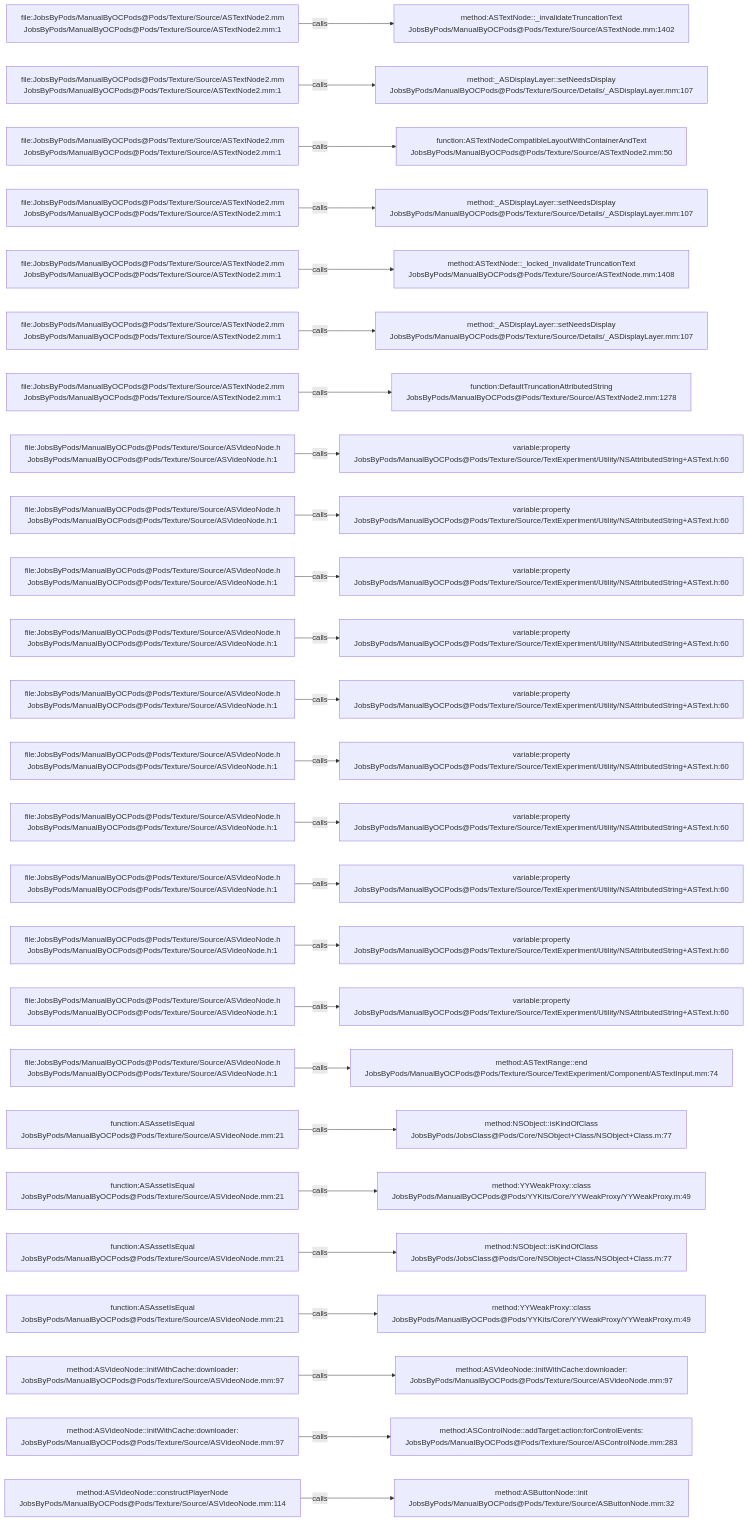
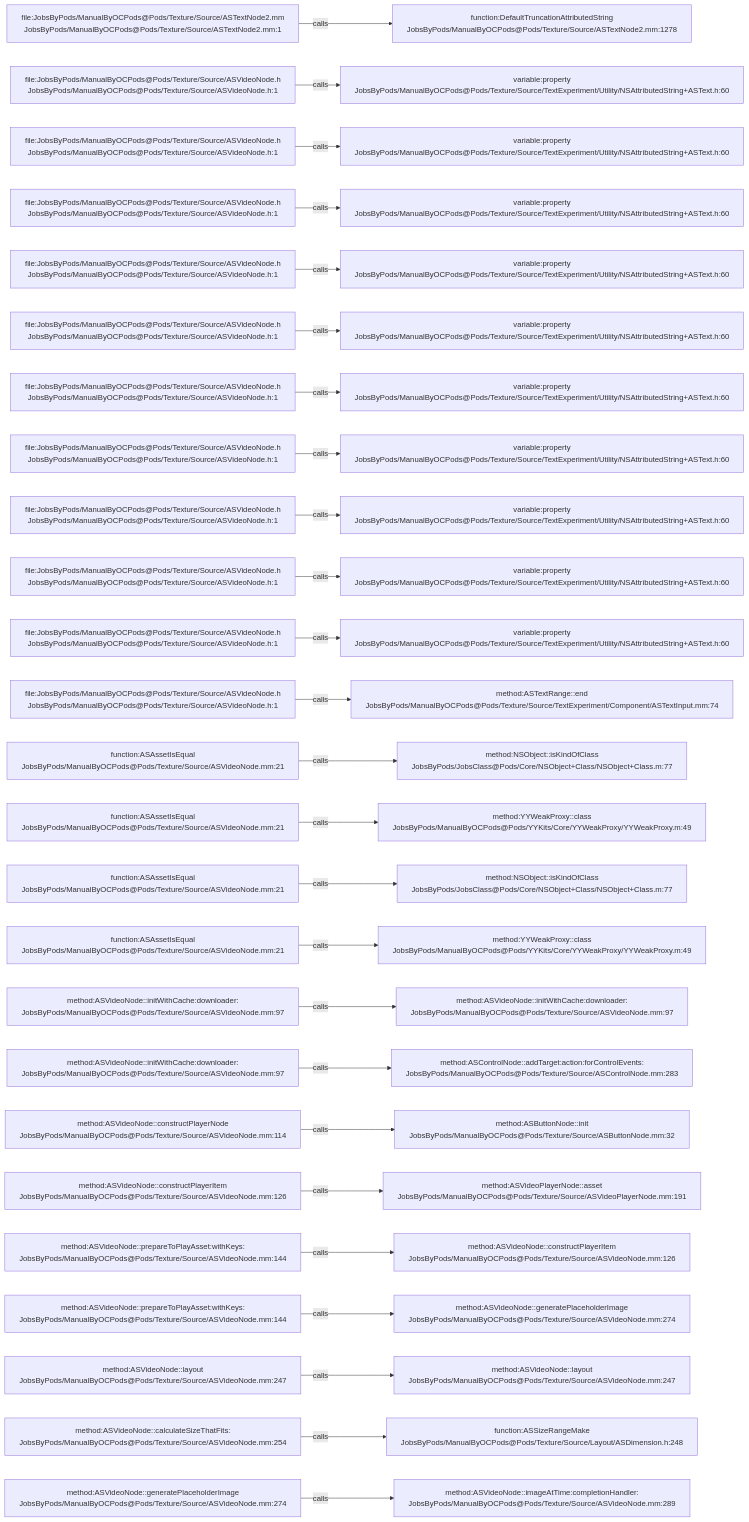
Before and after one commit to JobsKits/JobsOCBaseConfigDemo: the diagram in .codegraph/codegraph.md/graphs/calls-134.md, drawn with Mermaid. The commit also changed 666 other files, not shown here.

````diff
--- a/.codegraph/codegraph.md/graphs/calls-134.md
+++ b/.codegraph/codegraph.md/graphs/calls-134.md
@@ -13,78 +13,78 @@
 ```mermaid
 flowchart LR
   S1["file:JobsByPods/ManualByOCPods@Pods/Texture/Source/ASTextNode2.mm<br/>JobsByPods/ManualByOCPods@Pods/Texture/Source/ASTextNode2.mm:1"]
-  T1["method:ASTextNode::_invalidateTruncationText<br/>JobsByPods/ManualByOCPods@Pods/Texture/Source/ASTextNode.mm:1402"]
+  T1["function:DefaultTruncationAttributedString<br/>JobsByPods/ManualByOCPods@Pods/Texture/Source/ASTextNode2.mm:1278"]
   S1 -->|calls| T1
-  S2["file:JobsByPods/ManualByOCPods@Pods/Texture/Source/ASTextNode2.mm<br/>JobsByPods/ManualByOCPods@Pods/Texture/Source/ASTextNode2.mm:1"]
-  T2["method:_ASDisplayLayer::setNeedsDisplay<br/>JobsByPods/ManualByOCPods@Pods/Texture/Source/Details/_ASDisplayLayer.mm:107"]
+  S2["file:JobsByPods/ManualByOCPods@Pods/Texture/Source/ASVideoNode.h<br/>JobsByPods/ManualByOCPods@Pods/Texture/Source/ASVideoNode.h:1"]
+  T2["variable:property<br/>JobsByPods/ManualByOCPods@Pods/Texture/Source/TextExperiment/Utility/NSAttributedString+ASText.h:60"]
   S2 -->|calls| T2
-  S3["file:JobsByPods/ManualByOCPods@Pods/Texture/Source/ASTextNode2.mm<br/>JobsByPods/ManualByOCPods@Pods/Texture/Source/ASTextNode2.mm:1"]
-  T3["function:ASTextNodeCompatibleLayoutWithContainerAndText<br/>JobsByPods/ManualByOCPods@Pods/Texture/Source/ASTextNode2.mm:50"]
+  S3["file:JobsByPods/ManualByOCPods@Pods/Texture/Source/ASVideoNode.h<br/>JobsByPods/ManualByOCPods@Pods/Texture/Source/ASVideoNode.h:1"]
+  T3["variable:property<br/>JobsByPods/ManualByOCPods@Pods/Texture/Source/TextExperiment/Utility/NSAttributedString+ASText.h:60"]
   S3 -->|calls| T3
-  S4["file:JobsByPods/ManualByOCPods@Pods/Texture/Source/ASTextNode2.mm<br/>JobsByPods/ManualByOCPods@Pods/Texture/Source/ASTextNode2.mm:1"]
-  T4["method:_ASDisplayLayer::setNeedsDisplay<br/>JobsByPods/ManualByOCPods@Pods/Texture/Source/Details/_ASDisplayLayer.mm:107"]
+  S4["file:JobsByPods/ManualByOCPods@Pods/Texture/Source/ASVideoNode.h<br/>JobsByPods/ManualByOCPods@Pods/Texture/Source/ASVideoNode.h:1"]
+  T4["variable:property<br/>JobsByPods/ManualByOCPods@Pods/Texture/Source/TextExperiment/Utility/NSAttributedString+ASText.h:60"]
   S4 -->|calls| T4
-  S5["file:JobsByPods/ManualByOCPods@Pods/Texture/Source/ASTextNode2.mm<br/>JobsByPods/ManualByOCPods@Pods/Texture/Source/ASTextNode2.mm:1"]
-  T5["method:ASTextNode::_locked_invalidateTruncationText<br/>JobsByPods/ManualByOCPods@Pods/Texture/Source/ASTextNode.mm:1408"]
+  S5["file:JobsByPods/ManualByOCPods@Pods/Texture/Source/ASVideoNode.h<br/>JobsByPods/ManualByOCPods@Pods/Texture/Source/ASVideoNode.h:1"]
+  T5["variable:property<br/>JobsByPods/ManualByOCPods@Pods/Texture/Source/TextExperiment/Utility/NSAttributedString+ASText.h:60"]
   S5 -->|calls| T5
-  S6["file:JobsByPods/ManualByOCPods@Pods/Texture/Source/ASTextNode2.mm<br/>JobsByPods/ManualByOCPods@Pods/Texture/Source/ASTextNode2.mm:1"]
-  T6["method:_ASDisplayLayer::setNeedsDisplay<br/>JobsByPods/ManualByOCPods@Pods/Texture/Source/Details/_ASDisplayLayer.mm:107"]
+  S6["file:JobsByPods/ManualByOCPods@Pods/Texture/Source/ASVideoNode.h<br/>JobsByPods/ManualByOCPods@Pods/Texture/Source/ASVideoNode.h:1"]
+  T6["variable:property<br/>JobsByPods/ManualByOCPods@Pods/Texture/Source/TextExperiment/Utility/NSAttributedString+ASText.h:60"]
   S6 -->|calls| T6
-  S7["file:JobsByPods/ManualByOCPods@Pods/Texture/Source/ASTextNode2.mm<br/>JobsByPods/ManualByOCPods@Pods/Texture/Source/ASTextNode2.mm:1"]
-  T7["function:DefaultTruncationAttributedString<br/>JobsByPods/ManualByOCPods@Pods/Texture/Source/ASTextNode2.mm:1278"]
+  S7["file:JobsByPods/ManualByOCPods@Pods/Texture/Source/ASVideoNode.h<br/>JobsByPods/ManualByOCPods@Pods/Texture/Source/ASVideoNode.h:1"]
+  T7["variable:property<br/>JobsByPods/ManualByOCPods@Pods/Texture/Source/TextExperiment/Utility/NSAttributedString+ASText.h:60"]
   S7 -->|calls| T7
   S8["file:JobsByPods/ManualByOCPods@Pods/Texture/Source/ASVideoNode.h<br/>JobsByPods/ManualByOCPods@Pods/Texture/Source/ASVideoNode.h:1"]
   T8["variable:property<br/>JobsByPods/ManualByOCPods@Pods/Texture/Source/TextExperiment/Utility/NSAttributedString+ASText.h:60"]
   S8 -->|calls| T8
   S9["file:JobsByPods/ManualByOCPods@Pods/Texture/Source/ASVideoNode.h<br/>JobsByPods/ManualByOCPods@Pods/Texture/Source/ASVideoNode.h:1"]
   T9["variable:property<br/>JobsByPods/ManualByOCPods@Pods/Texture/Source/TextExperiment/Utility/NSAttributedString+ASText.h:60"]
   S9 -->|calls| T9
   S10["file:JobsByPods/ManualByOCPods@Pods/Texture/Source/ASVideoNode.h<br/>JobsByPods/ManualByOCPods@Pods/Texture/Source/ASVideoNode.h:1"]
   T10["variable:property<br/>JobsByPods/ManualByOCPods@Pods/Texture/Source/TextExperiment/Utility/NSAttributedString+ASText.h:60"]
   S10 -->|calls| T10
   S11["file:JobsByPods/ManualByOCPods@Pods/Texture/Source/ASVideoNode.h<br/>JobsByPods/ManualByOCPods@Pods/Texture/Source/ASVideoNode.h:1"]
   T11["variable:property<br/>JobsByPods/ManualByOCPods@Pods/Texture/Source/TextExperiment/Utility/NSAttributedString+ASText.h:60"]
   S11 -->|calls| T11
   S12["file:JobsByPods/ManualByOCPods@Pods/Texture/Source/ASVideoNode.h<br/>JobsByPods/ManualByOCPods@Pods/Texture/Source/ASVideoNode.h:1"]
-  T12["variable:property<br/>JobsByPods/ManualByOCPods@Pods/Texture/Source/TextExperiment/Utility/NSAttributedString+ASText.h:60"]
+  T12["method:ASTextRange::end<br/>JobsByPods/ManualByOCPods@Pods/Texture/Source/TextExperiment/Component/ASTextInput.mm:74"]
   S12 -->|calls| T12
-  S13["file:JobsByPods/ManualByOCPods@Pods/Texture/Source/ASVideoNode.h<br/>JobsByPods/ManualByOCPods@Pods/Texture/Source/ASVideoNode.h:1"]
-  T13["variable:property<br/>JobsByPods/ManualByOCPods@Pods/Texture/Source/TextExperiment/Utility/NSAttributedString+ASText.h:60"]
+  S13["function:ASAssetIsEqual<br/>JobsByPods/ManualByOCPods@Pods/Texture/Source/ASVideoNode.mm:21"]
+  T13["method:NSObject::isKindOfClass<br/>JobsByPods/JobsClass@Pods/Core/NSObject+Class/NSObject+Class.m:77"]
   S13 -->|calls| T13
-  S14["file:JobsByPods/ManualByOCPods@Pods/Texture/Source/ASVideoNode.h<br/>JobsByPods/ManualByOCPods@Pods/Texture/Source/ASVideoNode.h:1"]
-  T14["variable:property<br/>JobsByPods/ManualByOCPods@Pods/Texture/Source/TextExperiment/Utility/NSAttributedString+ASText.h:60"]
+  S14["function:ASAssetIsEqual<br/>JobsByPods/ManualByOCPods@Pods/Texture/Source/ASVideoNode.mm:21"]
+  T14["method:YYWeakProxy::class<br/>JobsByPods/ManualByOCPods@Pods/YYKits/Core/YYWeakProxy/YYWeakProxy.m:49"]
   S14 -->|calls| T14
-  S15["file:JobsByPods/ManualByOCPods@Pods/Texture/Source/ASVideoNode.h<br/>JobsByPods/ManualByOCPods@Pods/Texture/Source/ASVideoNode.h:1"]
-  T15["variable:property<br/>JobsByPods/ManualByOCPods@Pods/Texture/Source/TextExperiment/Utility/NSAttributedString+ASText.h:60"]
+  S15["function:ASAssetIsEqual<br/>JobsByPods/ManualByOCPods@Pods/Texture/Source/ASVideoNode.mm:21"]
+  T15["method:NSObject::isKindOfClass<br/>JobsByPods/JobsClass@Pods/Core/NSObject+Class/NSObject+Class.m:77"]
   S15 -->|calls| T15
-  S16["file:JobsByPods/ManualByOCPods@Pods/Texture/Source/ASVideoNode.h<br/>JobsByPods/ManualByOCPods@Pods/Texture/Source/ASVideoNode.h:1"]
-  T16["variable:property<br/>JobsByPods/ManualByOCPods@Pods/Texture/Source/TextExperiment/Utility/NSAttributedString+ASText.h:60"]
+  S16["function:ASAssetIsEqual<br/>JobsByPods/ManualByOCPods@Pods/Texture/Source/ASVideoNode.mm:21"]
+  T16["method:YYWeakProxy::class<br/>JobsByPods/ManualByOCPods@Pods/YYKits/Core/YYWeakProxy/YYWeakProxy.m:49"]
   S16 -->|calls| T16
-  S17["file:JobsByPods/ManualByOCPods@Pods/Texture/Source/ASVideoNode.h<br/>JobsByPods/ManualByOCPods@Pods/Texture/Source/ASVideoNode.h:1"]
-  T17["variable:property<br/>JobsByPods/ManualByOCPods@Pods/Texture/Source/TextExperiment/Utility/NSAttributedString+ASText.h:60"]
+  S17["method:ASVideoNode::initWithCache:downloader:<br/>JobsByPods/ManualByOCPods@Pods/Texture/Source/ASVideoNode.mm:97"]
+  T17["method:ASVideoNode::initWithCache:downloader:<br/>JobsByPods/ManualByOCPods@Pods/Texture/Source/ASVideoNode.mm:97"]
   S17 -->|calls| T17
-  S18["file:JobsByPods/ManualByOCPods@Pods/Texture/Source/ASVideoNode.h<br/>JobsByPods/ManualByOCPods@Pods/Texture/Source/ASVideoNode.h:1"]
-  T18["method:ASTextRange::end<br/>JobsByPods/ManualByOCPods@Pods/Texture/Source/TextExperiment/Component/ASTextInput.mm:74"]
+  S18["method:ASVideoNode::initWithCache:downloader:<br/>JobsByPods/ManualByOCPods@Pods/Texture/Source/ASVideoNode.mm:97"]
+  T18["method:ASControlNode::addTarget:action:forControlEvents:<br/>JobsByPods/ManualByOCPods@Pods/Texture/Source/ASControlNode.mm:283"]
   S18 -->|calls| T18
-  S19["function:ASAssetIsEqual<br/>JobsByPods/ManualByOCPods@Pods/Texture/Source/ASVideoNode.mm:21"]
-  T19["method:NSObject::isKindOfClass<br/>JobsByPods/JobsClass@Pods/Core/NSObject+Class/NSObject+Class.m:77"]
+  S19["method:ASVideoNode::constructPlayerNode<br/>JobsByPods/ManualByOCPods@Pods/Texture/Source/ASVideoNode.mm:114"]
+  T19["method:ASButtonNode::init<br/>JobsByPods/ManualByOCPods@Pods/Texture/Source/ASButtonNode.mm:32"]
   S19 -->|calls| T19
-  S20["function:ASAssetIsEqual<br/>JobsByPods/ManualByOCPods@Pods/Texture/Source/ASVideoNode.mm:21"]
-  T20["method:YYWeakProxy::class<br/>JobsByPods/ManualByOCPods@Pods/YYKits/Core/YYWeakProxy/YYWeakProxy.m:49"]
+  S20["method:ASVideoNode::constructPlayerItem<br/>JobsByPods/ManualByOCPods@Pods/Texture/Source/ASVideoNode.mm:126"]
+  T20["method:ASVideoPlayerNode::asset<br/>JobsByPods/ManualByOCPods@Pods/Texture/Source/ASVideoPlayerNode.mm:191"]
   S20 -->|calls| T20
-  S21["function:ASAssetIsEqual<br/>JobsByPods/ManualByOCPods@Pods/Texture/Source/ASVideoNode.mm:21"]
-  T21["method:NSObject::isKindOfClass<br/>JobsByPods/JobsClass@Pods/Core/NSObject+Class/NSObject+Class.m:77"]
+  S21["method:ASVideoNode::prepareToPlayAsset:withKeys:<br/>JobsByPods/ManualByOCPods@Pods/Texture/Source/ASVideoNode.mm:144"]
+  T21["method:ASVideoNode::constructPlayerItem<br/>JobsByPods/ManualByOCPods@Pods/Texture/Source/ASVideoNode.mm:126"]
   S21 -->|calls| T21
-  S22["function:ASAssetIsEqual<br/>JobsByPods/ManualByOCPods@Pods/Texture/Source/ASVideoNode.mm:21"]
-  T22["method:YYWeakProxy::class<br/>JobsByPods/ManualByOCPods@Pods/YYKits/Core/YYWeakProxy/YYWeakProxy.m:49"]
+  S22["method:ASVideoNode::prepareToPlayAsset:withKeys:<br/>JobsByPods/ManualByOCPods@Pods/Texture/Source/ASVideoNode.mm:144"]
+  T22["method:ASVideoNode::generatePlaceholderImage<br/>JobsByPods/ManualByOCPods@Pods/Texture/Source/ASVideoNode.mm:274"]
   S22 -->|calls| T22
-  S23["method:ASVideoNode::initWithCache:downloader:<br/>JobsByPods/ManualByOCPods@Pods/Texture/Source/ASVideoNode.mm:97"]
-  T23["method:ASVideoNode::initWithCache:downloader:<br/>JobsByPods/ManualByOCPods@Pods/Texture/Source/ASVideoNode.mm:97"]
+  S23["method:ASVideoNode::layout<br/>JobsByPods/ManualByOCPods@Pods/Texture/Source/ASVideoNode.mm:247"]
+  T23["method:ASVideoNode::layout<br/>JobsByPods/ManualByOCPods@Pods/Texture/Source/ASVideoNode.mm:247"]
   S23 -->|calls| T23
-  S24["method:ASVideoNode::initWithCache:downloader:<br/>JobsByPods/ManualByOCPods@Pods/Texture/Source/ASVideoNode.mm:97"]
-  T24["method:ASControlNode::addTarget:action:forControlEvents:<br/>JobsByPods/ManualByOCPods@Pods/Texture/Source/ASControlNode.mm:283"]
+  S24["method:ASVideoNode::calculateSizeThatFits:<br/>JobsByPods/ManualByOCPods@Pods/Texture/Source/ASVideoNode.mm:254"]
+  T24["function:ASSizeRangeMake<br/>JobsByPods/ManualByOCPods@Pods/Texture/Source/Layout/ASDimension.h:248"]
   S24 -->|calls| T24
-  S25["method:ASVideoNode::constructPlayerNode<br/>JobsByPods/ManualByOCPods@Pods/Texture/Source/ASVideoNode.mm:114"]
-  T25["method:ASButtonNode::init<br/>JobsByPods/ManualByOCPods@Pods/Texture/Source/ASButtonNode.mm:32"]
+  S25["method:ASVideoNode::generatePlaceholderImage<br/>JobsByPods/ManualByOCPods@Pods/Texture/Source/ASVideoNode.mm:274"]
+  T25["method:ASVideoNode::imageAtTime:completionHandler:<br/>JobsByPods/ManualByOCPods@Pods/Texture/Source/ASVideoNode.mm:289"]
   S25 -->|calls| T25
 ```
````
